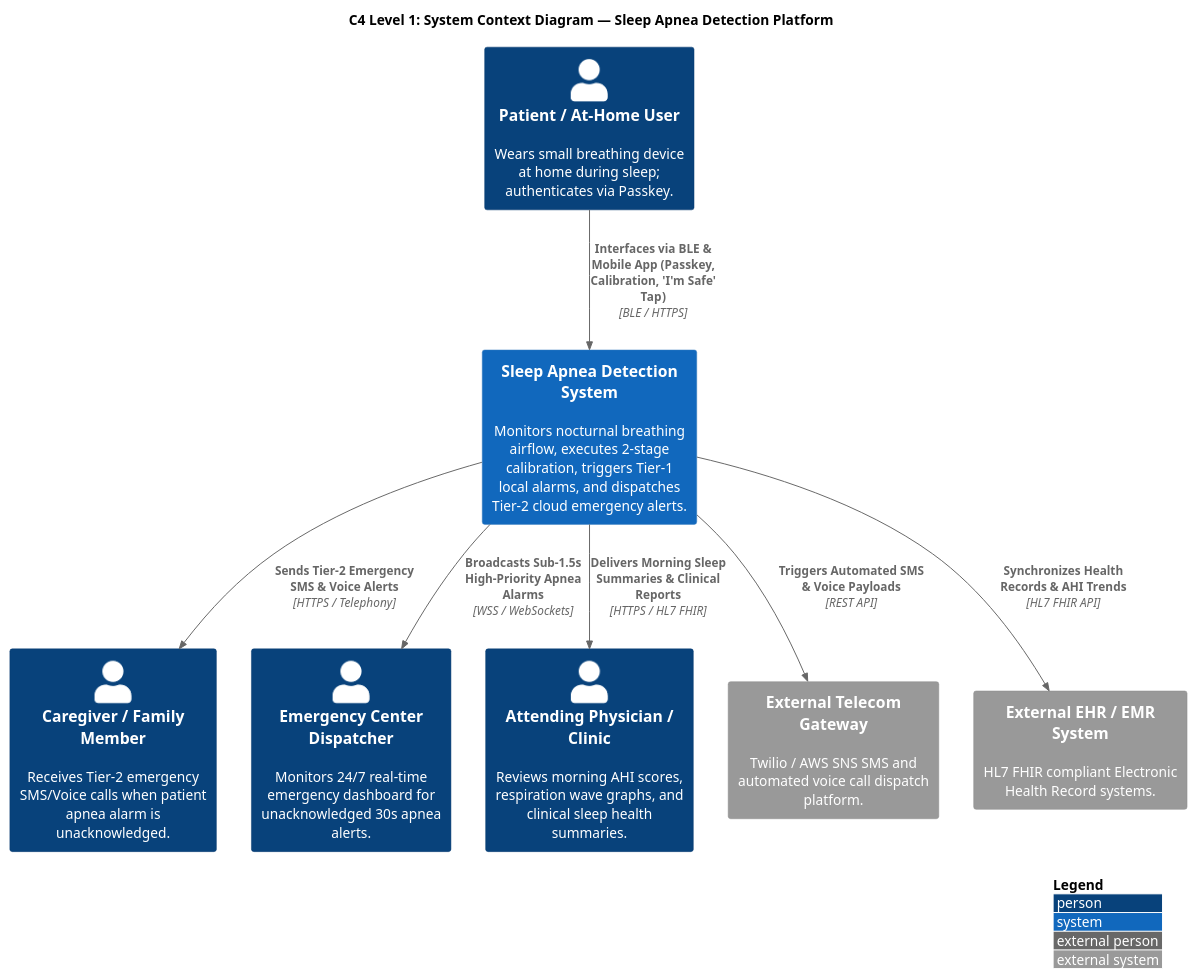
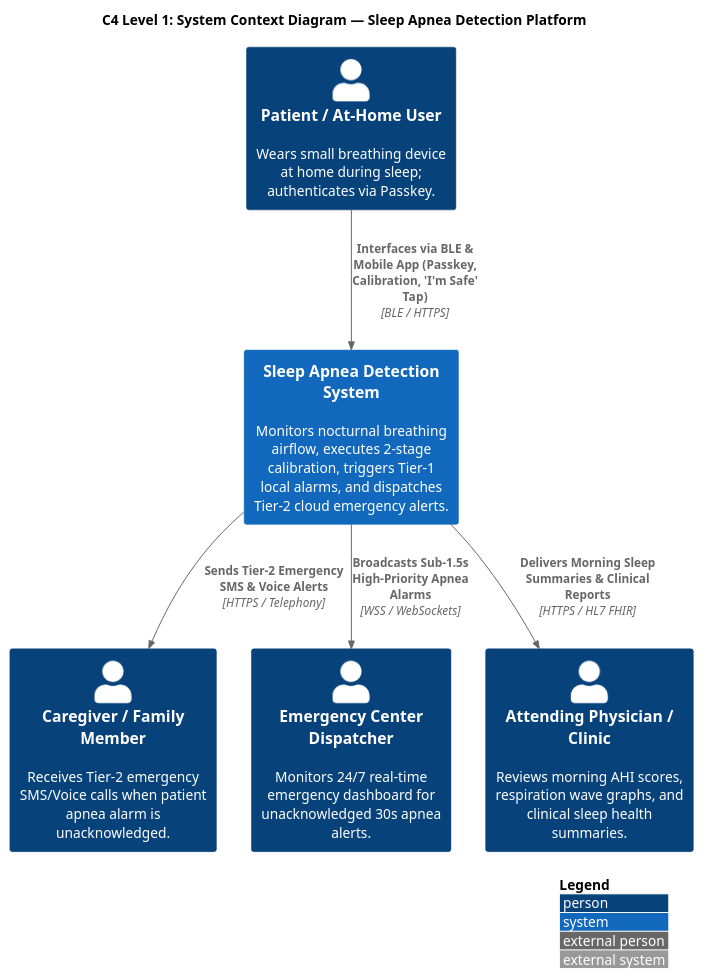
The first of 4 diagrams in _bmad-output/architecture/ARCHITECTURE-SPINE.md (reidlai/masker-app), drawn with PlantUML before and after one commit. The commit also changed other lines of this file and 5 other files, not shown here.

Commit message:
docs(architecture): complete Section 3.3.1 passkey auth sequence diagram, BPMN 2.0 multi-pool sync, and architecture alignment

````diff
--- a/_bmad-output/architecture/ARCHITECTURE-SPINE.md
+++ b/_bmad-output/architecture/ARCHITECTURE-SPINE.md
@@ -22,27 +24,22 @@
 ```plantuml
 @startuml C4_Level1_System_Context
 !include https://raw.githubusercontent.com/plantuml-stdlib/C4-PlantUML/master/C4_Context.puml
 
 LAYOUT_WITH_LEGEND()
 
 title C4 Level 1: System Context Diagram — Sleep Apnea Detection Platform
 
 Person(patient, "Patient / At-Home User", "Wears small breathing device at home during sleep; authenticates via Passkey.")
 Person(caregiver, "Caregiver / Family Member", "Receives Tier-2 emergency SMS/Voice calls when patient apnea alarm is unacknowledged.")
 Person(dispatcher, "Emergency Center Dispatcher", "Monitors 24/7 real-time emergency dashboard for unacknowledged 30s apnea alerts.")
 Person(doctor, "Attending Physician / Clinic", "Reviews morning AHI scores, respiration wave graphs, and clinical sleep health summaries.")
 
 System(system, "Sleep Apnea Detection System", "Monitors nocturnal breathing airflow, executes 2-stage calibration, triggers Tier-1 local alarms, and dispatches Tier-2 cloud emergency alerts.")
 
-System_Ext(telecom, "External Telecom Gateway", "Twilio / AWS SNS SMS and automated voice call dispatch platform.")
-System_Ext(ehr, "External EHR / EMR System", "HL7 FHIR compliant Electronic Health Record systems.")
-
 Rel(patient, system, "Interfaces via BLE & Mobile App (Passkey, Calibration, 'I'm Safe' Tap)", "BLE / HTTPS")
 Rel(system, caregiver, "Sends Tier-2 Emergency SMS & Voice Alerts", "HTTPS / Telephony")
 Rel(system, dispatcher, "Broadcasts Sub-1.5s High-Priority Apnea Alarms", "WSS / WebSockets")
 Rel(system, doctor, "Delivers Morning Sleep Summaries & Clinical Reports", "HTTPS / HL7 FHIR")
-Rel(system, telecom, "Triggers Automated SMS & Voice Payloads", "REST API")
-Rel(system, ehr, "Synchronizes Health Records & AHI Trends", "HL7 FHIR API")
 
 @enduml
 ```
````
